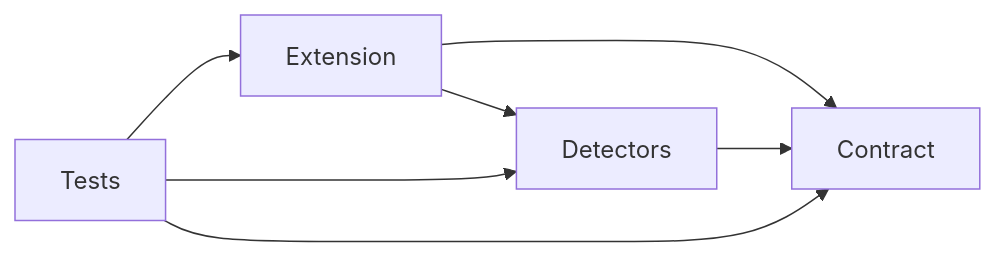
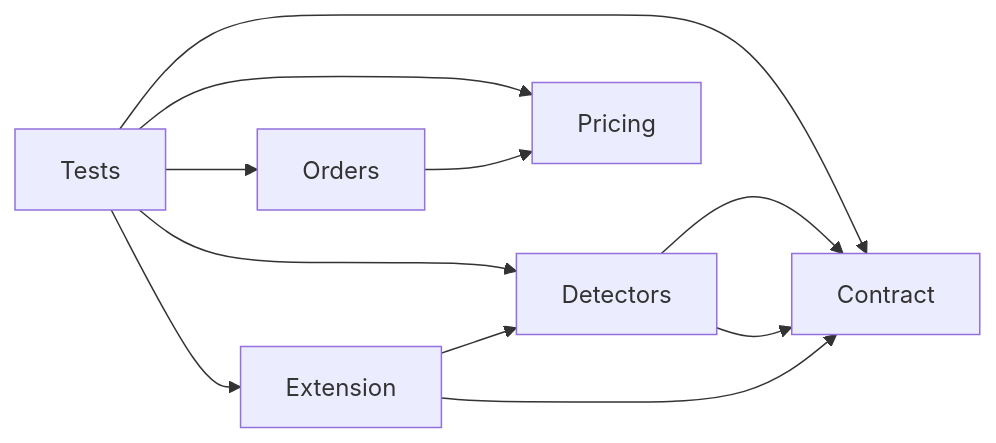
One commit to anilkumar4/intent-contract-testbed changed the diagram in test-workspace/docs/architecture.mmd. Above: the diagram before and after it, drawn with Mermaid. The commit also changed 12 other files, not shown here.

```diff
--- a/test-workspace/docs/architecture.mmd
+++ b/test-workspace/docs/architecture.mmd
@@ -1,7 +1,11 @@
 flowchart LR
   Extension --> Contract
   Extension --> Detectors
   Detectors --> Contract
+  Orders --> Pricing
+  Tests --> Orders
+  Tests --> Pricing
+  Detectors --> Contract
   Tests --> Extension
   Tests --> Contract
   Tests --> Detectors
```
